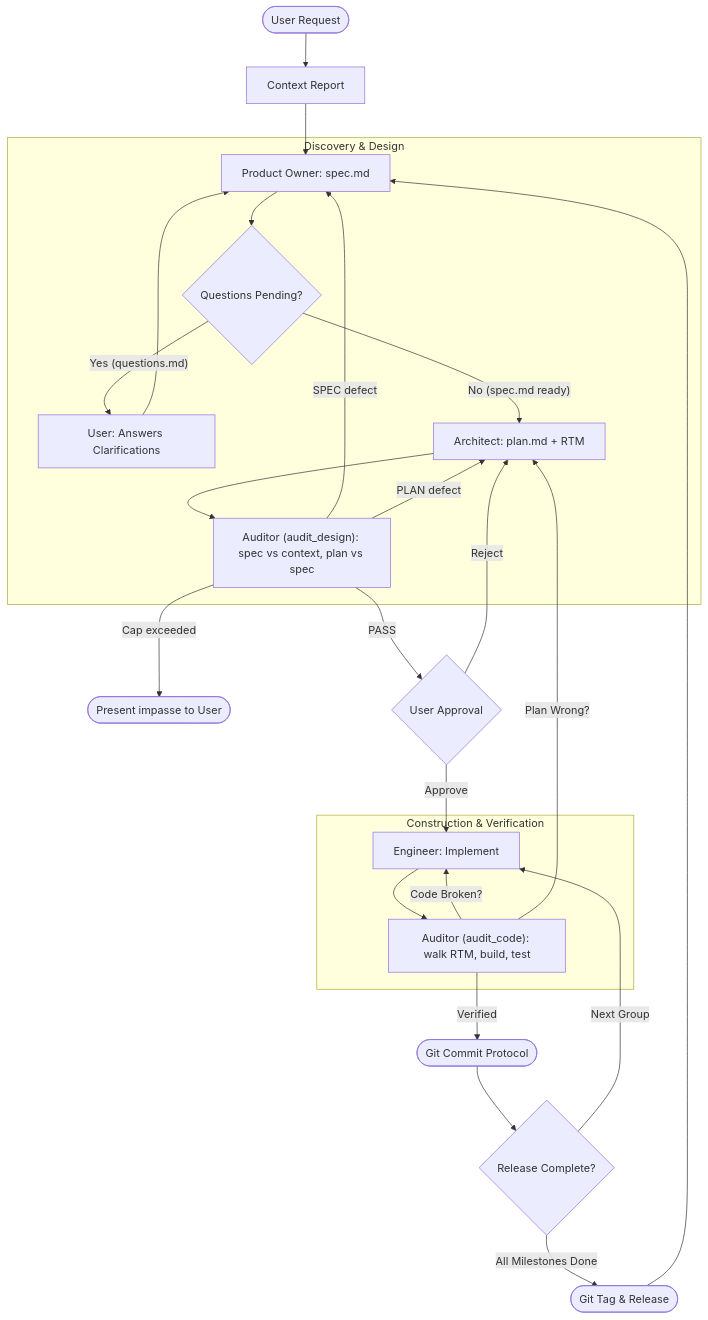
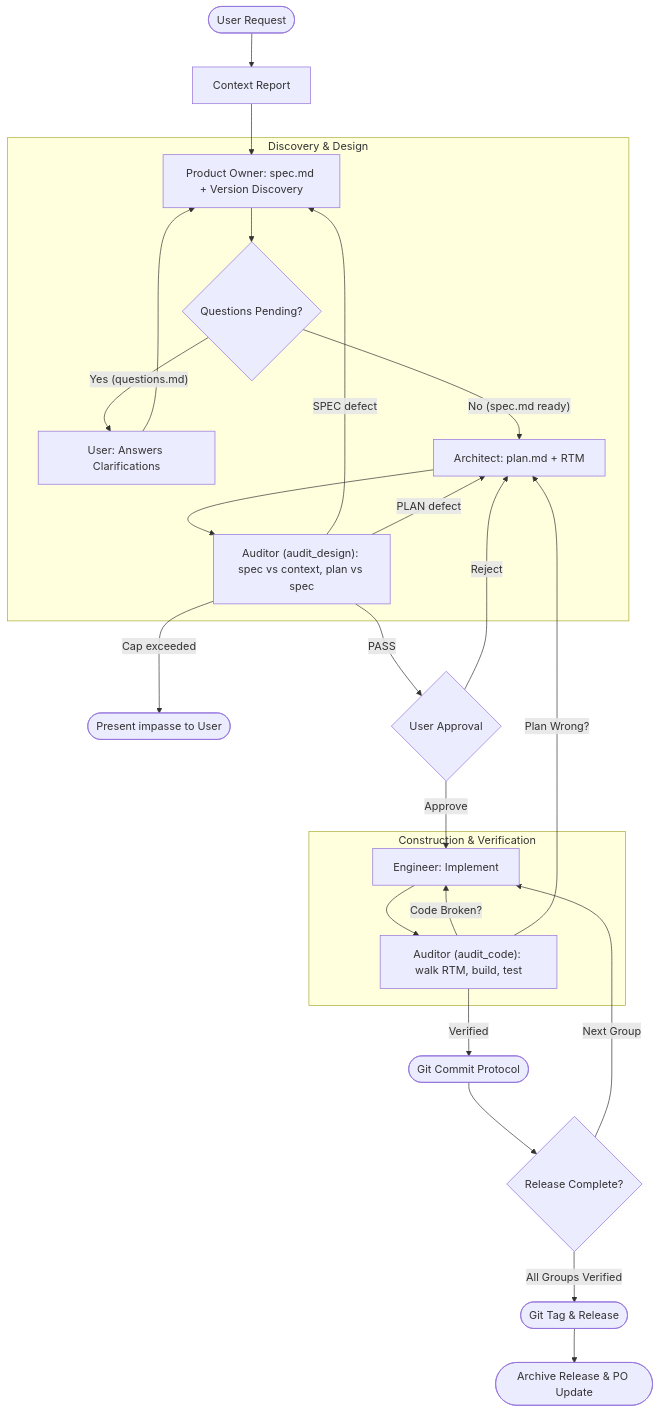
Before and after one commit to jjdelorme/plan-commands: the diagram in config/skills/swarm/SKILL.md, drawn with Mermaid. The commit also changed other lines of this file and 6 other files, not shown here.

Commit message:
feat(swarm): transition to release-centric planning with dynamic project version discovery

````diff
--- a/config/skills/swarm/SKILL.md
+++ b/config/skills/swarm/SKILL.md
@@ -19,44 +19,44 @@
 ```mermaid
 graph TD
     subgraph "Discovery & Design"
-        PO["Product Owner: spec.md"]
+        PO["Product Owner: spec.md + Version Discovery"]
         Questions{"Questions Pending?"}
         UserClarify["User: Answers Clarifications"]
         Architect["Architect: plan.md + RTM"]
         DesignAudit["Auditor (audit_design): spec vs context, plan vs spec"]
     end
 
     subgraph "Construction & Verification"
         Engineer["Engineer: Implement"]
         CodeAudit["Auditor (audit_code): walk RTM, build, test"]
     end
 
     Start(["User Request"]) --> Research["Context Report"]
     Research --> PO
     PO --> Questions
     Questions -- "Yes (questions.md)" --> UserClarify
     UserClarify --> PO
     Questions -- "No (spec.md ready)" --> Architect
     Architect --> DesignAudit
 
     %% Design Audit Three-Way Fork (cap: 2 returns)
     DesignAudit -- "SPEC defect" --> PO
     DesignAudit -- "PLAN defect" --> Architect
     DesignAudit -- "Cap exceeded" --> Impasse(["Present impasse to User"])
     DesignAudit -- "PASS" --> Review{"User Approval"}
 
     Review -- "Reject" --> Architect
     Review -- "Approve" --> Engineer
 
     Engineer --> CodeAudit
 
     %% Code Audit Three-Way Fork
     CodeAudit -- "Code Broken?" --> Engineer
     CodeAudit -- "Plan Wrong?" --> Architect
     CodeAudit -- "Verified" --> Commit(["Git Commit Protocol"])
 
     Commit --> CheckRelease{"Release Complete?"}
     CheckRelease -- "Next Group" --> Engineer
-    CheckRelease -- "All Milestones Done" --> Tag(["Git Tag & Release"])
-    Tag --> PO
+    CheckRelease -- "All Groups Verified" --> Tag(["Git Tag & Release"])
+    Tag --> Archive(["Archive Release & PO Update"])
 ```
````
